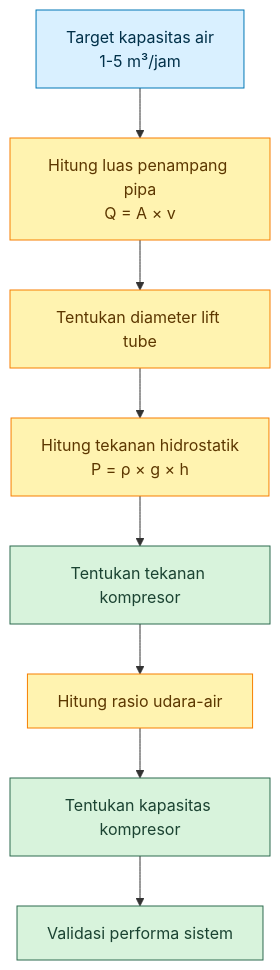
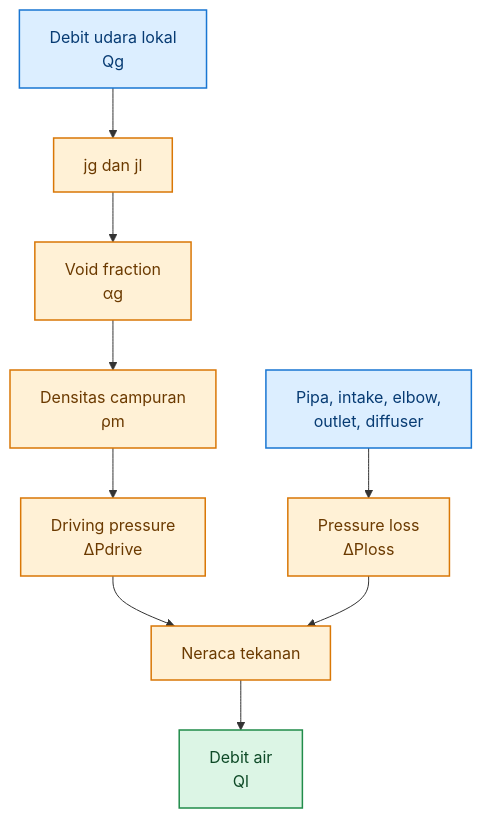
Before and after one commit to slametsampon/kawruhnology: diagram 11 of 42 in content/blog/agri/airlift-pump.mdx, drawn with Mermaid. The commit also changed other lines of this file and 8 other files, not shown here.

````diff
--- a/content/blog/agri/airlift-pump.mdx
+++ b/content/blog/agri/airlift-pump.mdx
@@ -633,18 +1706,21 @@
 ```mermaid
 flowchart TD
-    A[Target kapasitas air<br/>1-5 m³/jam] --> B[Hitung luas penampang pipa<br/>Q = A × v]
-    B --> C[Tentukan diameter lift tube]
-    C --> D[Hitung tekanan hidrostatik<br/>P = ρ × g × h]
-    D --> E[Tentukan tekanan kompresor]
-    E --> F[Hitung rasio udara-air]
-    F --> G[Tentukan kapasitas kompresor]
-    G --> H[Validasi performa sistem]
+    A["Debit udara lokal<br/>Qg"] --> B["jg dan jl"]
+    B --> C["Void fraction<br/>αg"]
+    C --> D["Densitas campuran<br/>ρm"]
+    D --> E["Driving pressure<br/>ΔPdrive"]
 
-    classDef input fill:#d9f0ff,stroke:#0077b6,color:#003049;
-    classDef calc fill:#fff3b0,stroke:#f77f00,color:#5c3700;
-    classDef output fill:#d8f3dc,stroke:#2d6a4f,color:#1b4332;
+    F["Pipa, intake, elbow,<br/>outlet, diffuser"] --> G["Pressure loss<br/>ΔPloss"]
 
-    class A input;
-    class B,C,D,F calc;
-    class E,G,H output;
+    E --> H["Neraca tekanan"]
+    G --> H
+    H --> I["Debit air<br/>Ql"]
+
+    classDef input fill:#DCEEFF,stroke:#1976D2,color:#073B73,stroke-width:1.5px;
+    classDef calc fill:#FFF1D6,stroke:#D97706,color:#6B3A00,stroke-width:1.5px;
+    classDef result fill:#DCF5E5,stroke:#218C4A,color:#0E4A27,stroke-width:1.5px;
+
+    class A,F input;
+    class B,C,D,E,G,H calc;
+    class I result;
 ```
````
